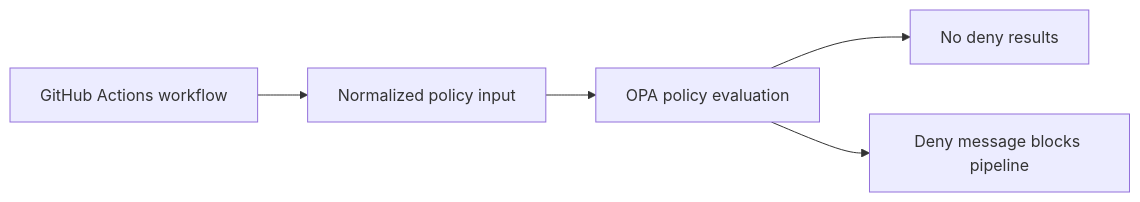
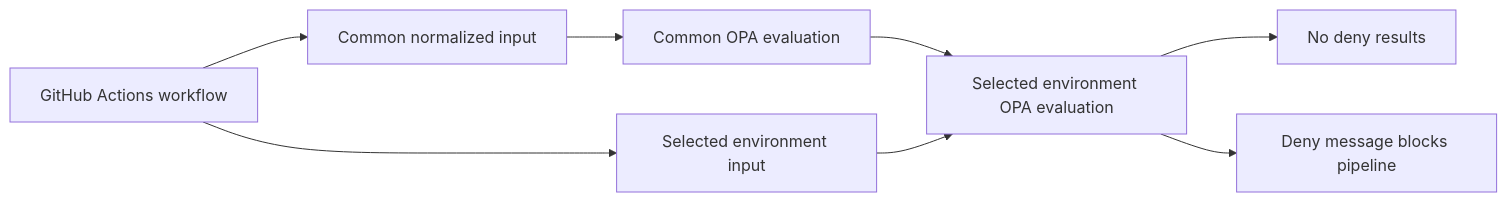
One commit to zerorclover/platform-hello changed the diagram in docs/architecture/task-3-policy.md. Above: the diagram before and after it, drawn with Mermaid. The commit also changed other lines of this file and 24 other files, not shown here.

Commit message:
fix: split opa gates by deployment environment

````diff
--- a/docs/architecture/task-3-policy.md
+++ b/docs/architecture/task-3-policy.md
@@ -15,7 +16,10 @@
 ```mermaid
 flowchart LR
-  Workflow[GitHub Actions workflow] --> Input[Normalized policy input]
-  Input --> OPA[OPA policy evaluation]
-  OPA --> Allow[No deny results]
-  OPA --> Deny[Deny message blocks pipeline]
+  Workflow[GitHub Actions workflow] --> CommonInput[Common normalized input]
+  Workflow --> EnvInput[Selected environment input]
+  CommonInput --> CommonOPA[Common OPA evaluation]
+  CommonOPA --> EnvOPA[Selected environment OPA evaluation]
+  EnvInput --> EnvOPA
+  EnvOPA --> Allow[No deny results]
+  EnvOPA --> Deny[Deny message blocks pipeline]
 ```
````
